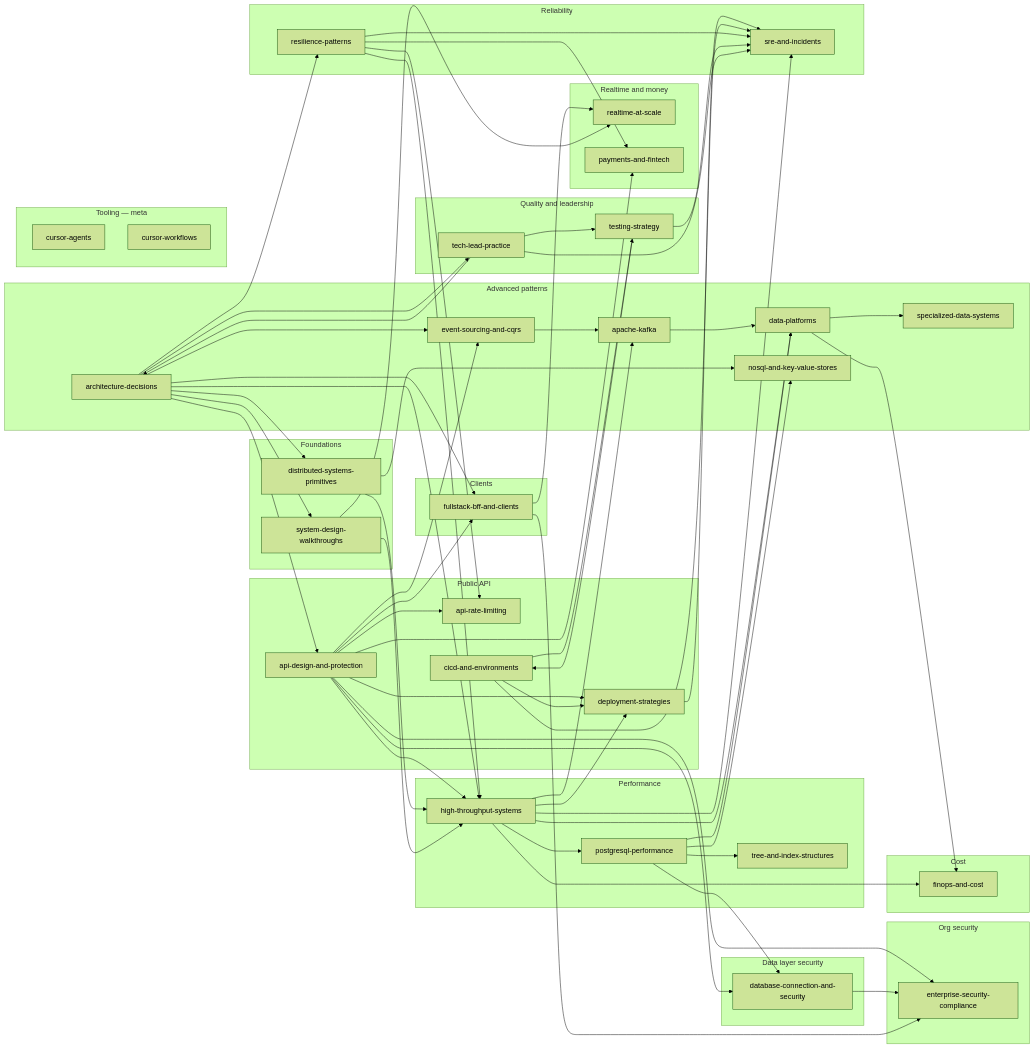
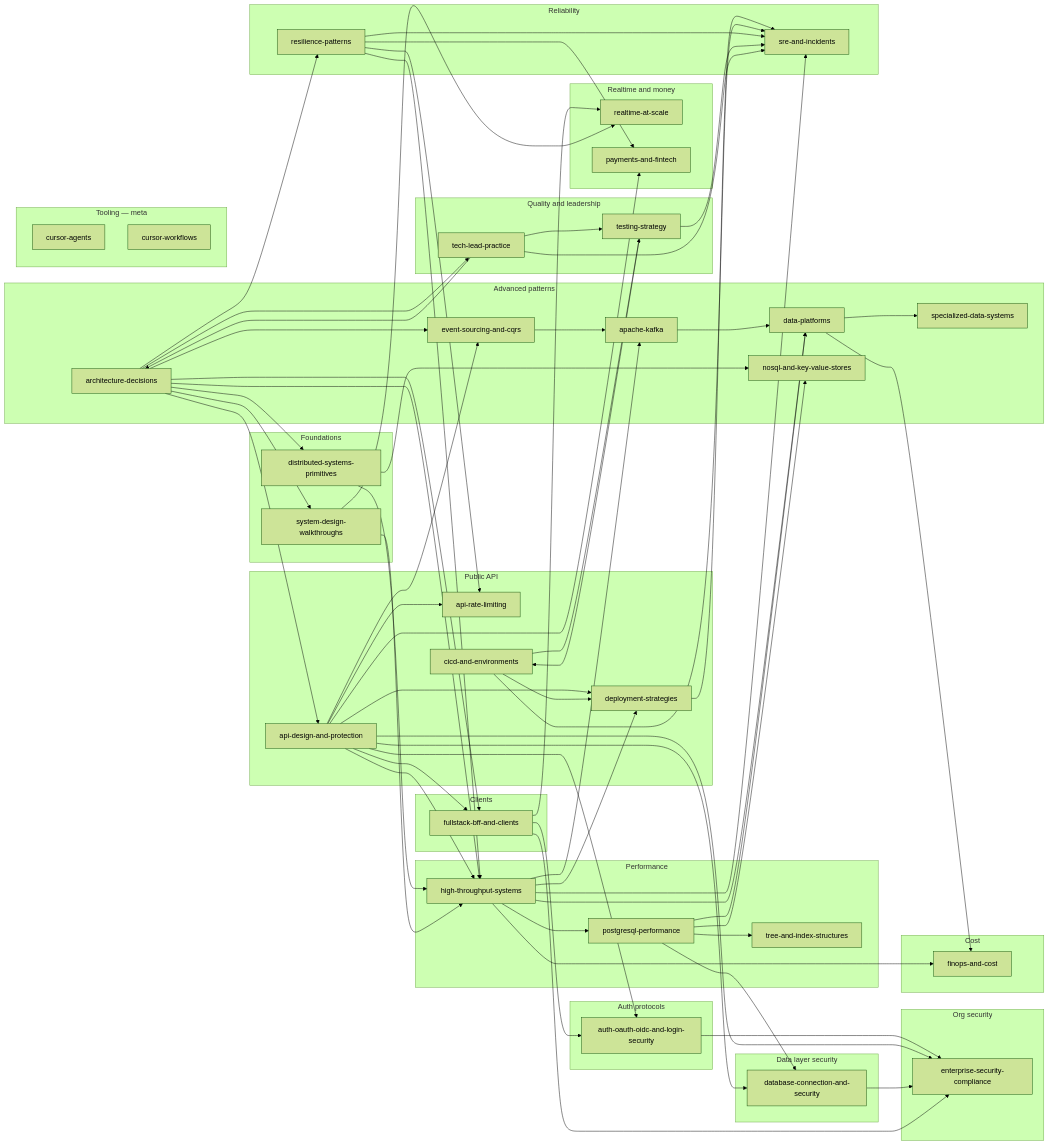
Before and after one commit to steve-duong1991/documents: the diagram in README.md, drawn with Mermaid (forest theme). The commit also changed other lines of this file and 58 other files, not shown here.

First line of the commit message:
Add OAuth/OIDC login security guide and wire it into the corpus.

```diff
--- a/README.md
+++ b/README.md
@@ -49,6 +50,9 @@
         R[api-rate-limiting]
         D[deployment-strategies]
         CD[cicd-and-environments]
+    end
+    subgraph authn [Auth protocols]
+        AUTH[auth-oauth-oidc-and-login-security]
     end
     subgraph perf [Performance]
         H[high-throughput-systems]
@@ -99,6 +103,9 @@
     A --> H
     A --> FB
     A --> PAY
+    A --> AUTH
+    FB --> AUTH
+    AUTH --> ESC
     H --> P
     P --> T
     P --> NS
```
